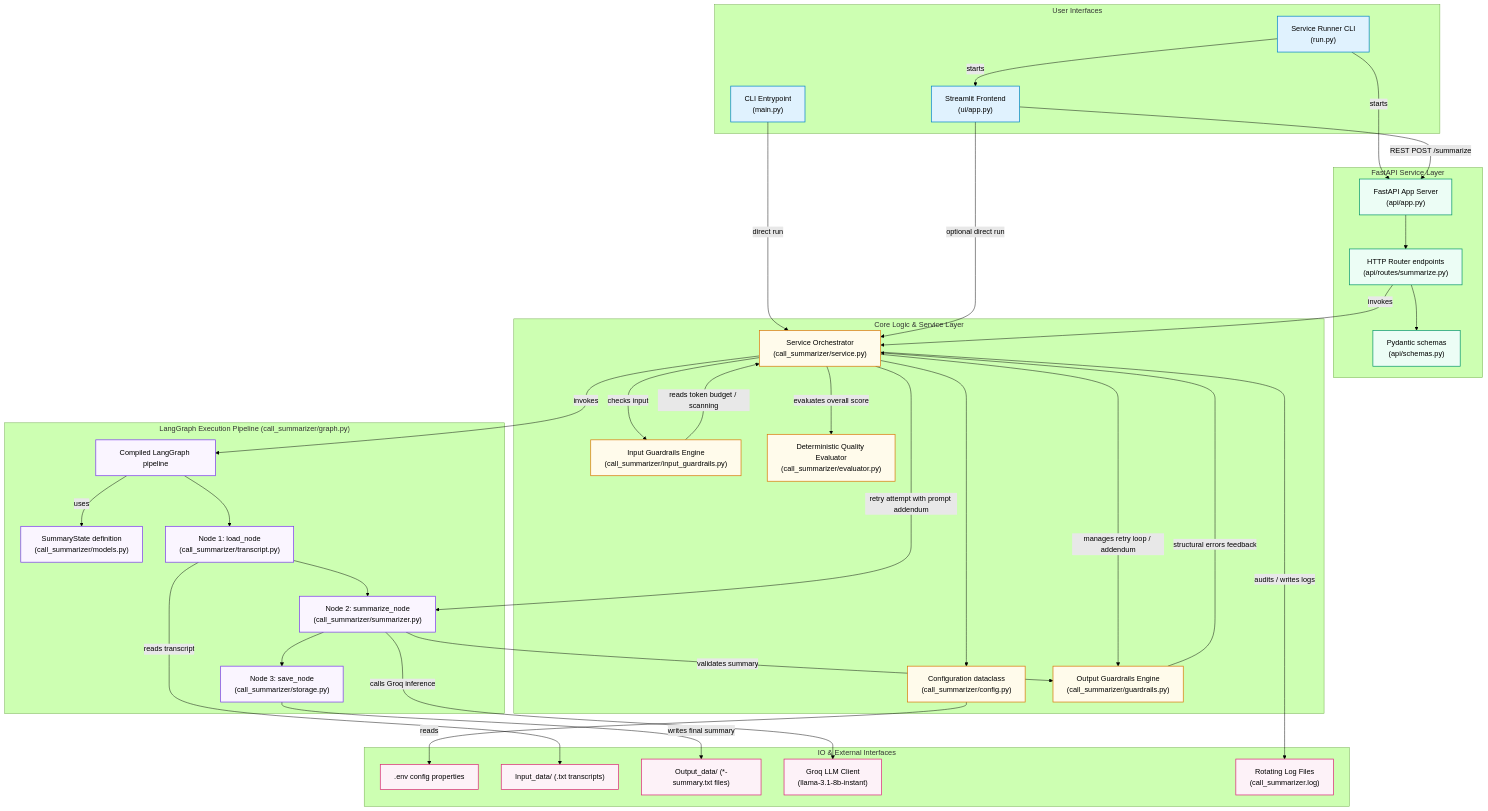
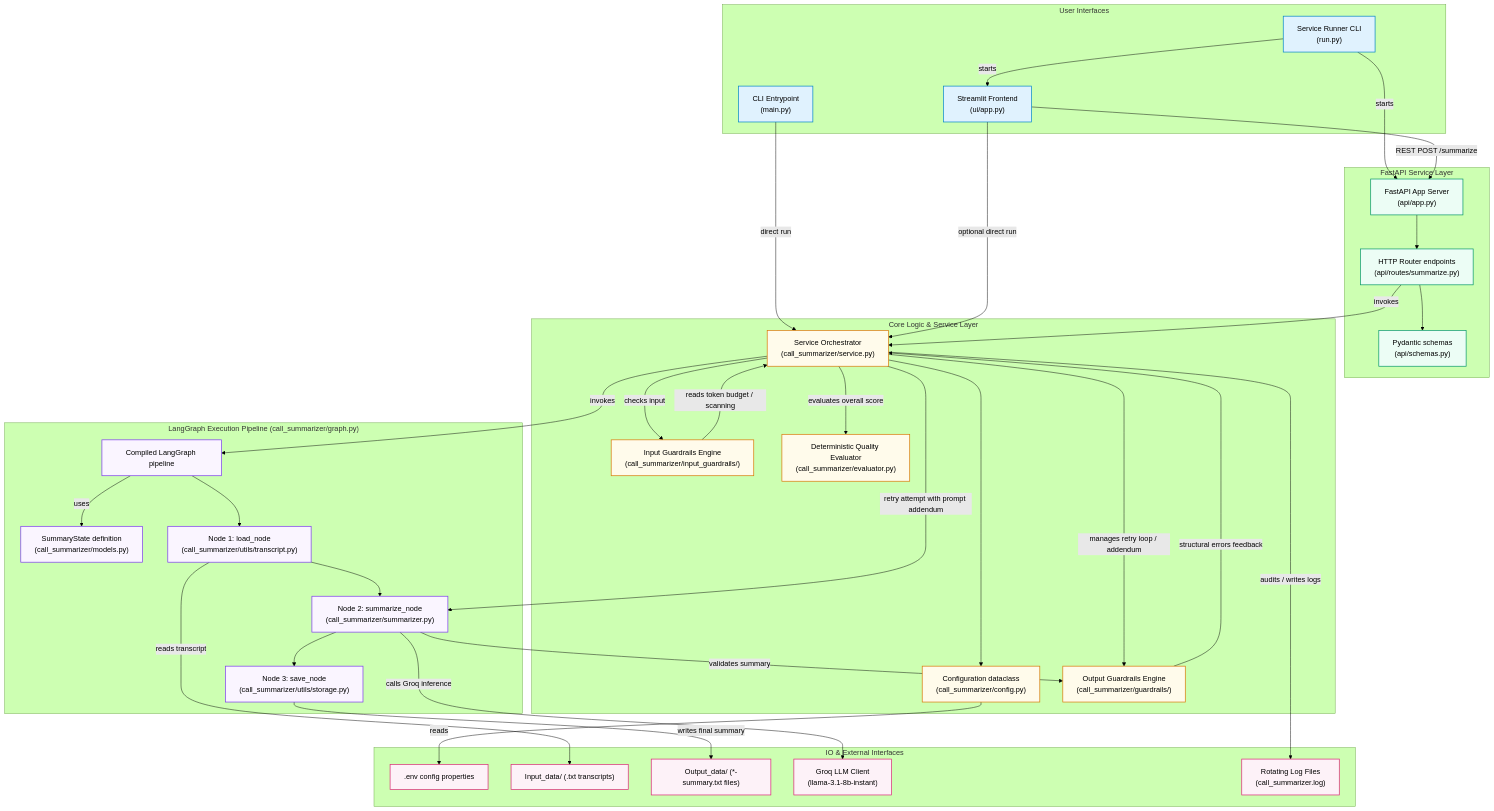
The diagram in architecture_diagram.md (arjun-027/Intelligent-call-summarizer-agent), drawn with Mermaid (forest theme) before and after one commit. The commit also changed other lines of this file and 5 other files, not shown here.

Commit message:
Architecture diagram updated

```diff
--- a/architecture_diagram.md
+++ b/architecture_diagram.md
@@ -33,8 +33,8 @@
     subgraph Services ["Core Logic & Service Layer"]
         config["Configuration dataclass<br/>(call_summarizer/config.py)"]:::serviceStyle
         service["Service Orchestrator<br/>(call_summarizer/service.py)"]:::serviceStyle
-        inputGuard["Input Guardrails Engine<br/>(call_summarizer/input_guardrails.py)"]:::serviceStyle
-        outputGuard["Output Guardrails Engine<br/>(call_summarizer/guardrails.py)"]:::serviceStyle
+        inputGuard["Input Guardrails Engine<br/>(call_summarizer/input_guardrails/)"]:::serviceStyle
+        outputGuard["Output Guardrails Engine<br/>(call_summarizer/guardrails/)"]:::serviceStyle
         evaluator["Deterministic Quality Evaluator<br/>(call_summarizer/evaluator.py)"]:::serviceStyle
     end
 
@@ -42,9 +42,9 @@
     subgraph GraphPipeline ["LangGraph Execution Pipeline (call_summarizer/graph.py)"]
         stateDef["SummaryState definition<br/>(call_summarizer/models.py)"]:::graphStyle
         langgraphCompile["Compiled LangGraph pipeline"]:::graphStyle
-        loadNode["Node 1: load_node<br/>(call_summarizer/transcript.py)"]:::graphStyle
+        loadNode["Node 1: load_node<br/>(call_summarizer/utils/transcript.py)"]:::graphStyle
         summarizeNode["Node 2: summarize_node<br/>(call_summarizer/summarizer.py)"]:::graphStyle
-        saveNode["Node 3: save_node<br/>(call_summarizer/storage.py)"]:::graphStyle
+        saveNode["Node 3: save_node<br/>(call_summarizer/utils/storage.py)"]:::graphStyle
     end
 
     %% Data and External Interfaces
```
